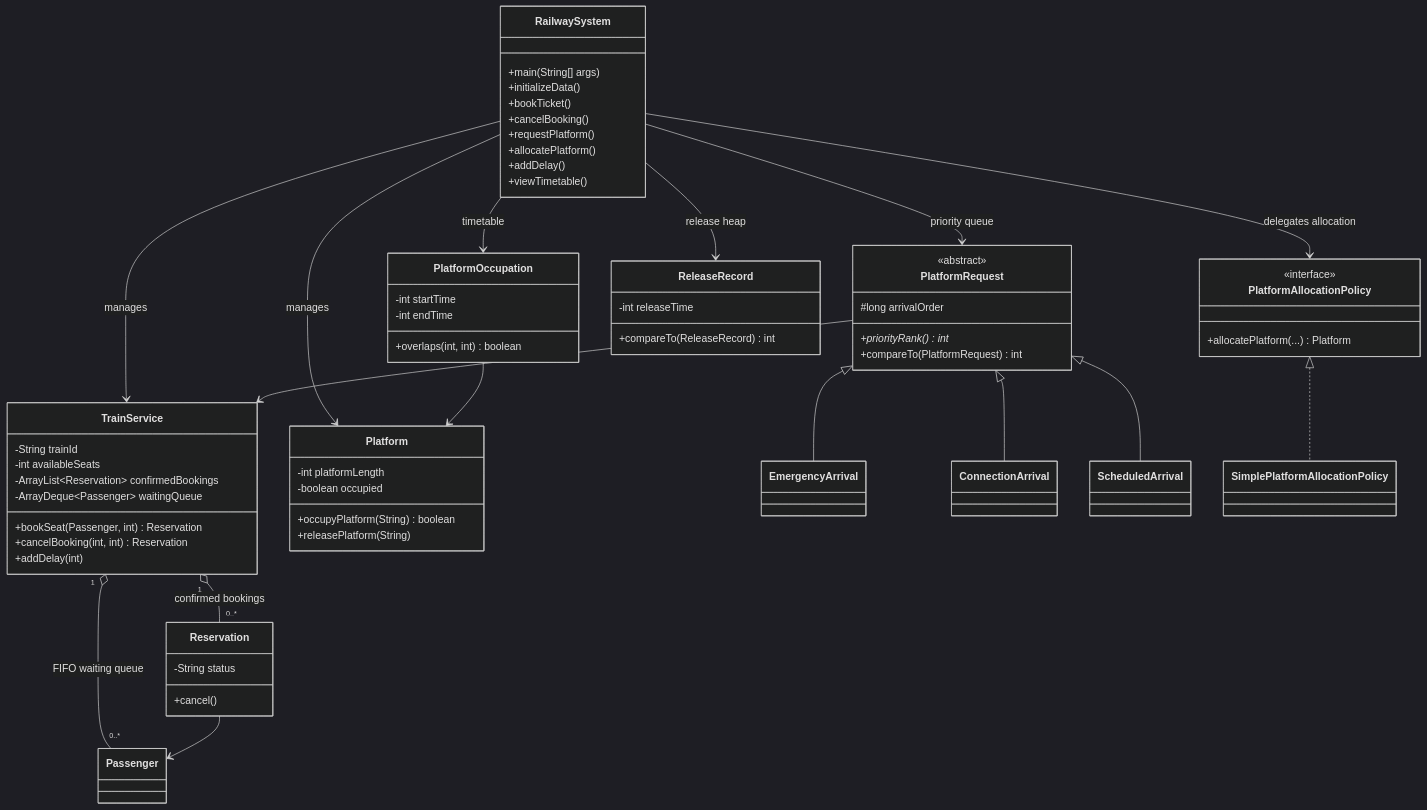
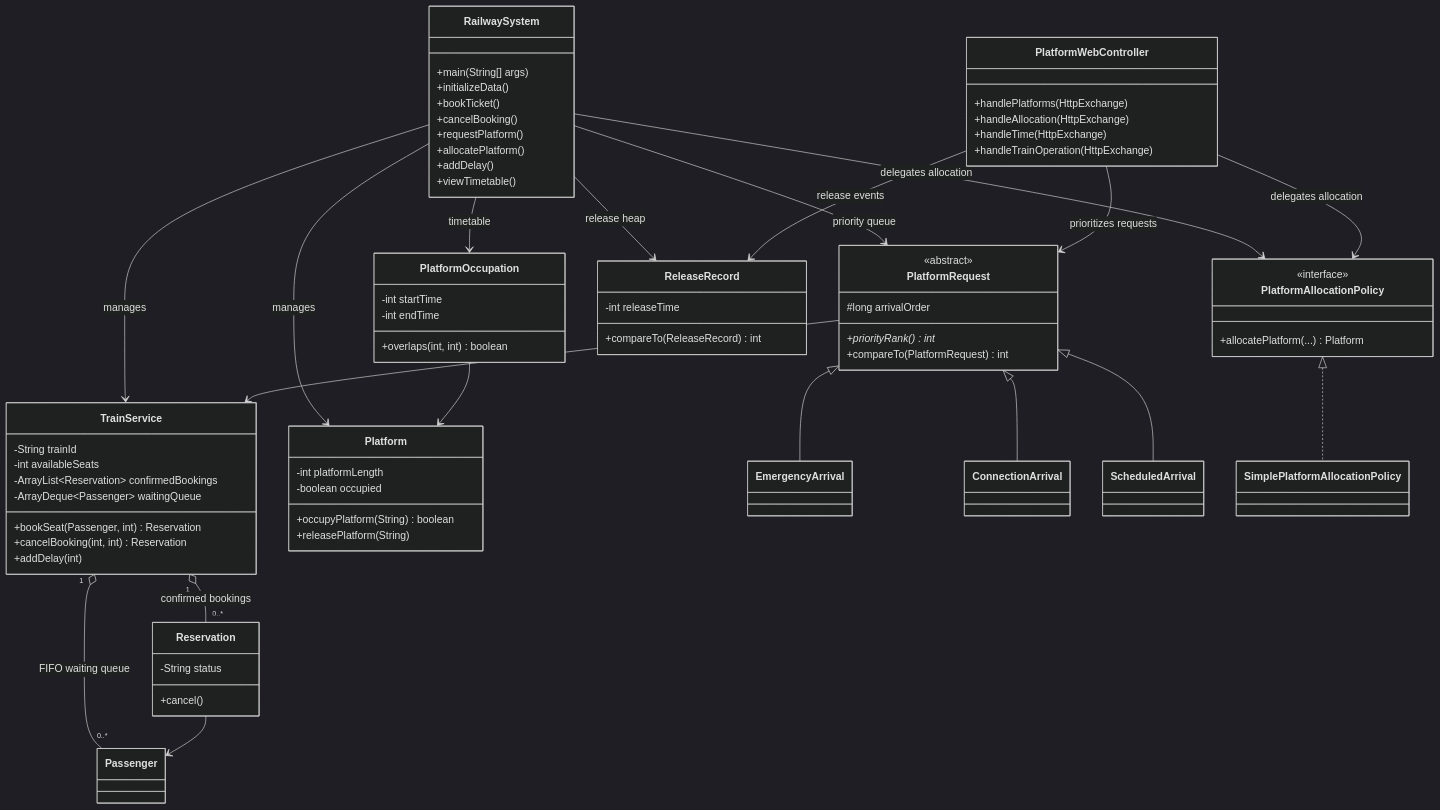
The diagram in docs/REPORT.md (dhakshinyalokesh/Railway-Management-System), drawn with Mermaid (dark theme) before and after one commit. The commit also changed other lines of this file and 6 other files, not shown here.

Commit message:
Add web controls for platform allocation and delays

````diff
--- a/docs/REPORT.md
+++ b/docs/REPORT.md
@@ -29,72 +29,81 @@
 ```mermaid
 classDiagram
     class RailwaySystem {
       +main(String[] args)
       +initializeData()
       +bookTicket()
       +cancelBooking()
       +requestPlatform()
       +allocatePlatform()
       +addDelay()
       +viewTimetable()
+    }
+    class PlatformWebController {
+      +handlePlatforms(HttpExchange)
+      +handleAllocation(HttpExchange)
+      +handleTime(HttpExchange)
+      +handleTrainOperation(HttpExchange)
     }
     class TrainService {
       -String trainId
       -int availableSeats
       -ArrayList~Reservation~ confirmedBookings
       -ArrayDeque~Passenger~ waitingQueue
       +bookSeat(Passenger, int) Reservation
       +cancelBooking(int, int) Reservation
       +addDelay(int)
     }
     class Passenger
     class Reservation {
       -String status
       +cancel()
     }
     class Platform {
       -int platformLength
       -boolean occupied
       +occupyPlatform(String) boolean
       +releasePlatform(String)
     }
     class PlatformRequest {
       <<abstract>>
       #long arrivalOrder
       +priorityRank()* int
       +compareTo(PlatformRequest) int
     }
     class EmergencyArrival
     class ConnectionArrival
     class ScheduledArrival
     class PlatformAllocationPolicy {
       <<interface>>
       +allocatePlatform(...) Platform
     }
     class SimplePlatformAllocationPolicy
     class PlatformOccupation {
       -int startTime
       -int endTime
       +overlaps(int, int) boolean
     }
     class ReleaseRecord {
       -int releaseTime
       +compareTo(ReleaseRecord) int
     }
 
     RailwaySystem --> TrainService : manages
     RailwaySystem --> Platform : manages
     RailwaySystem --> PlatformRequest : priority queue
     RailwaySystem --> PlatformOccupation : timetable
     RailwaySystem --> ReleaseRecord : release heap
     RailwaySystem --> PlatformAllocationPolicy : delegates allocation
+    PlatformWebController --> PlatformAllocationPolicy : delegates allocation
+    PlatformWebController --> PlatformRequest : prioritizes requests
+    PlatformWebController --> ReleaseRecord : release events
     TrainService "1" o-- "0..*" Reservation : confirmed bookings
     TrainService "1" o-- "0..*" Passenger : FIFO waiting queue
     Reservation --> Passenger
     PlatformRequest --> TrainService
     PlatformRequest <|-- EmergencyArrival
     PlatformRequest <|-- ConnectionArrival
     PlatformRequest <|-- ScheduledArrival
     PlatformAllocationPolicy <|.. SimplePlatformAllocationPolicy
     PlatformOccupation --> Platform
 ```
````
